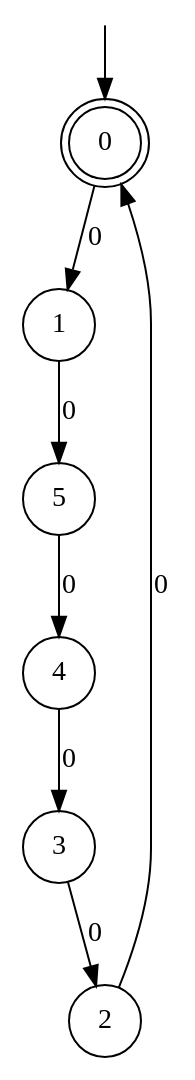
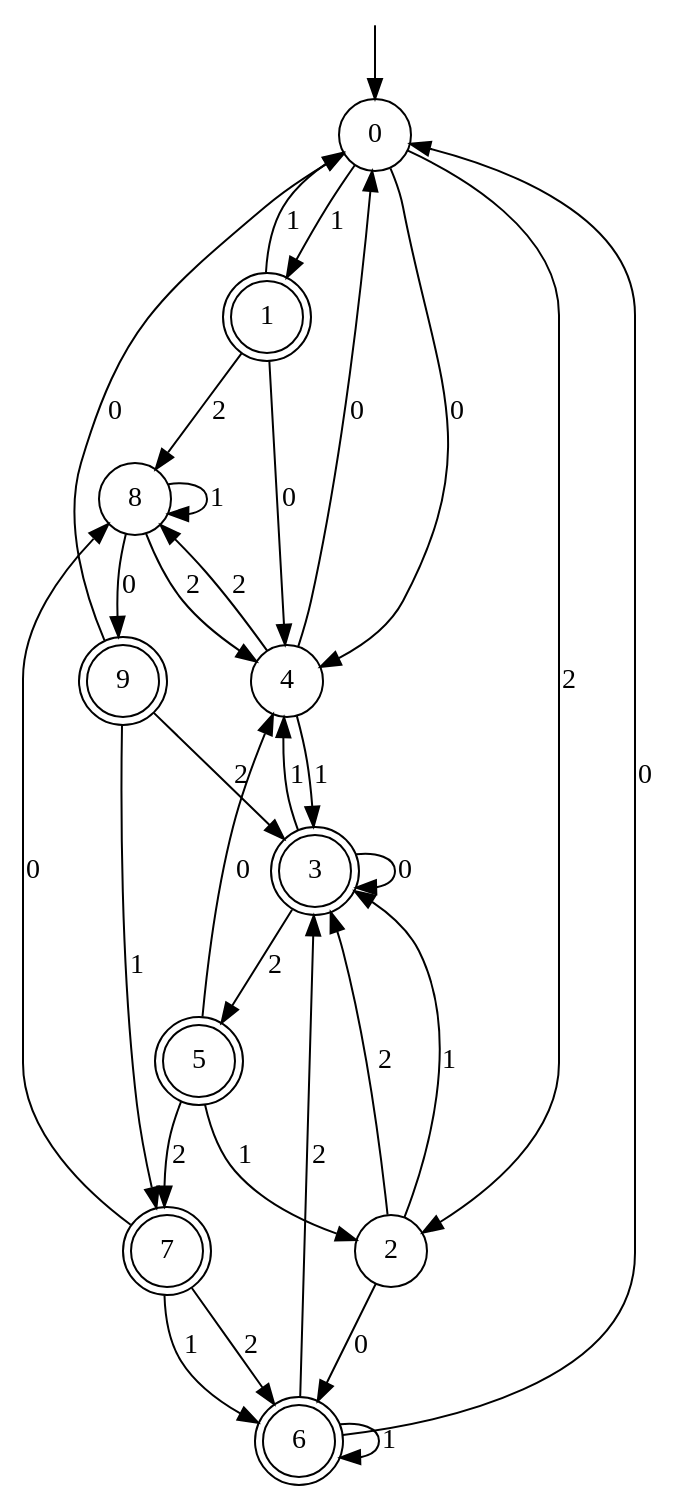
One commit to rasofema/learnlib changed the diagram in algorithms/incremental/ikv/classic.dot. Above: the diagram before and after it, drawn with Graphviz. The commit also changed 19 other files, not shown here.

```diff
--- a/algorithms/incremental/ikv/classic.dot
+++ b/algorithms/incremental/ikv/classic.dot
@@ -1,19 +1,47 @@
 digraph g {
 
-	s0 [shape="doublecircle" label="0"];
-	s1 [shape="circle" label="1"];
+	s0 [shape="circle" label="0"];
+	s1 [shape="doublecircle" label="1"];
 	s2 [shape="circle" label="2"];
-	s3 [shape="circle" label="3"];
+	s3 [shape="doublecircle" label="3"];
 	s4 [shape="circle" label="4"];
-	s5 [shape="circle" label="5"];
-	s0 -> s1 [label="0"];
-	s1 -> s5 [label="0"];
-	s2 -> s0 [label="0"];
-	s3 -> s2 [label="0"];
-	s4 -> s3 [label="0"];
+	s5 [shape="doublecircle" label="5"];
+	s6 [shape="doublecircle" label="6"];
+	s7 [shape="doublecircle" label="7"];
+	s8 [shape="circle" label="8"];
+	s9 [shape="doublecircle" label="9"];
+	s0 -> s4 [label="0"];
+	s0 -> s1 [label="1"];
+	s0 -> s2 [label="2"];
+	s1 -> s4 [label="0"];
+	s1 -> s0 [label="1"];
+	s1 -> s8 [label="2"];
+	s2 -> s6 [label="0"];
+	s2 -> s3 [label="1"];
+	s2 -> s3 [label="2"];
+	s3 -> s3 [label="0"];
+	s3 -> s4 [label="1"];
+	s3 -> s5 [label="2"];
+	s4 -> s0 [label="0"];
+	s4 -> s3 [label="1"];
+	s4 -> s8 [label="2"];
 	s5 -> s4 [label="0"];
+	s5 -> s2 [label="1"];
+	s5 -> s7 [label="2"];
+	s6 -> s0 [label="0"];
+	s6 -> s6 [label="1"];
+	s6 -> s3 [label="2"];
+	s7 -> s8 [label="0"];
+	s7 -> s6 [label="1"];
+	s7 -> s6 [label="2"];
+	s8 -> s9 [label="0"];
+	s8 -> s8 [label="1"];
+	s8 -> s4 [label="2"];
+	s9 -> s0 [label="0"];
+	s9 -> s7 [label="1"];
+	s9 -> s3 [label="2"];
 
 __start0 [label="" shape="none" width="0" height="0"];
 __start0 -> s0;
 
 }
```
